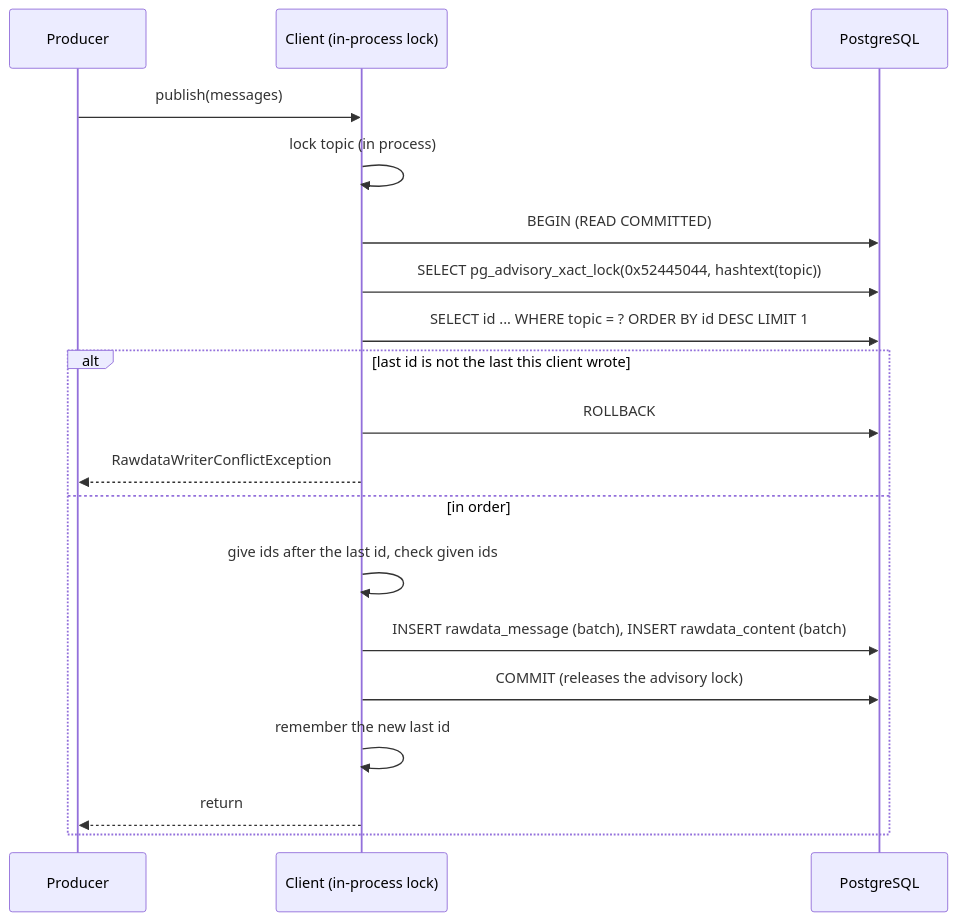
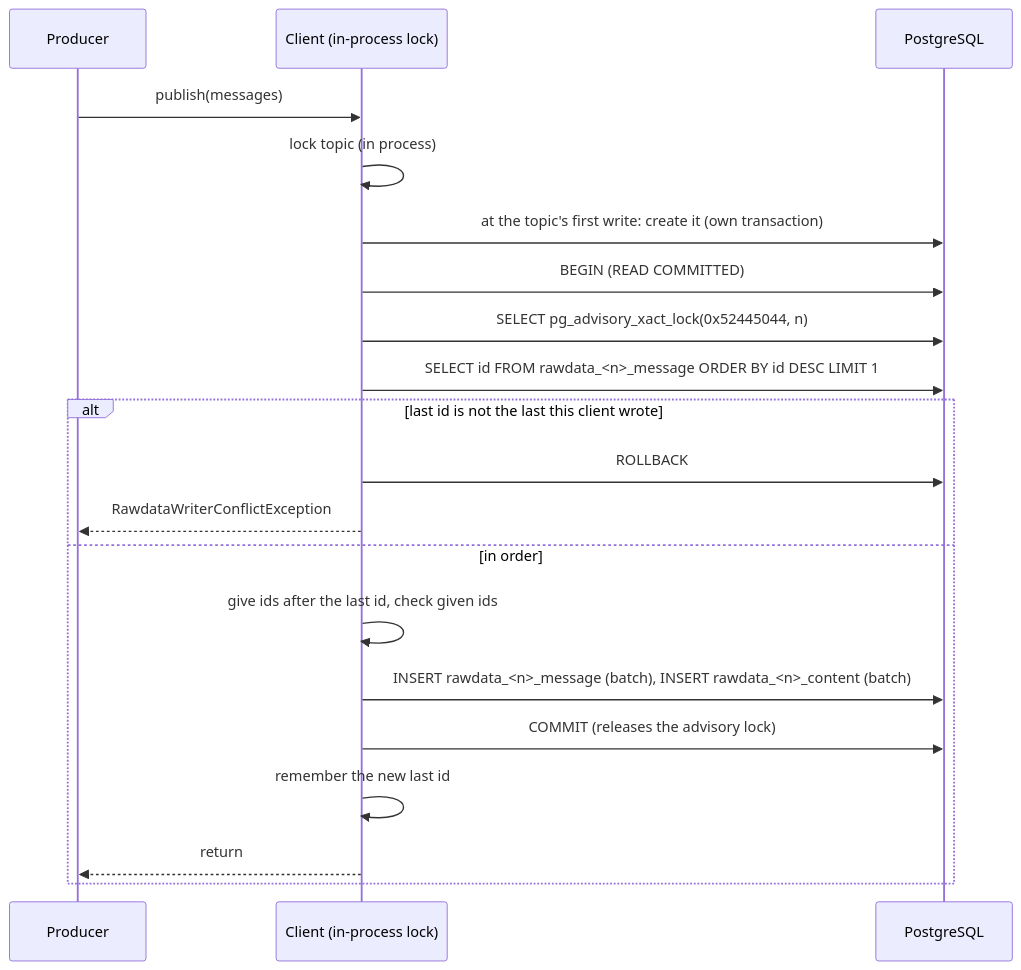
Before and after one commit to descoped/rawdata-client-project: the diagram in docs/modules/rawdata-client-provider-postgres.md, drawn with Mermaid. The commit also changed other lines of this file and 46 other files, not shown here.

````diff
--- a/docs/modules/rawdata-client-provider-postgres.md
+++ b/docs/modules/rawdata-client-provider-postgres.md
@@ -205,21 +241,22 @@
 ```mermaid
 sequenceDiagram
     participant P as Producer
     participant C as Client (in-process lock)
     participant DB as PostgreSQL
     P->>C: publish(messages)
     C->>C: lock topic (in process)
+    C->>DB: at the topic's first write: create it (own transaction)
     C->>DB: BEGIN (READ COMMITTED)
-    C->>DB: SELECT pg_advisory_xact_lock(0x52445044, hashtext(topic))
-    C->>DB: SELECT id ... WHERE topic = ? ORDER BY id DESC LIMIT 1
+    C->>DB: SELECT pg_advisory_xact_lock(0x52445044, n)
+    C->>DB: SELECT id FROM rawdata_<n>_message ORDER BY id DESC LIMIT 1
     alt last id is not the last this client wrote
         C->>DB: ROLLBACK
         C-->>P: RawdataWriterConflictException
     else in order
         C->>C: give ids after the last id, check given ids
-        C->>DB: INSERT rawdata_message (batch), INSERT rawdata_content (batch)
+        C->>DB: INSERT rawdata_<n>_message (batch), INSERT rawdata_<n>_content (batch)
         C->>DB: COMMIT (releases the advisory lock)
         C->>C: remember the new last id
         C-->>P: return
     end
 ```
````
